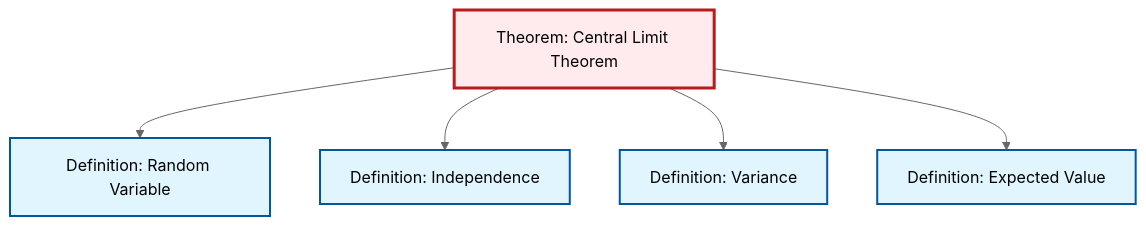
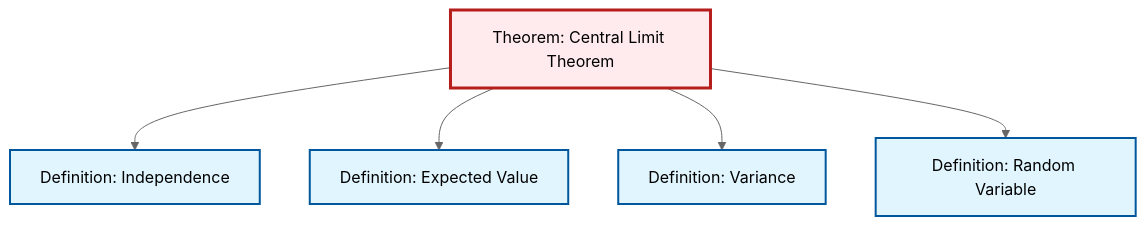
The second of 2 diagrams in content/en/probability-statistics/thm-central-limit.qmd (RK0429/ModernMath), drawn with Mermaid (neutral theme) before and after one commit. The commit also changed other lines of this file and 597 other files, not shown here.

````diff
--- a/content/en/probability-statistics/thm-central-limit.qmd
+++ b/content/en/probability-statistics/thm-central-limit.qmd
@@ -109,23 +109,23 @@
 ```{mermaid}
 %%| fig-cap: "Local dependency graph"
 graph TD
     classDef definition fill:#e1f5fe,stroke:#01579b,stroke-width:2px
     classDef theorem fill:#f3e5f5,stroke:#4a148c,stroke-width:2px
     classDef axiom fill:#fff3e0,stroke:#e65100,stroke-width:2px
     classDef example fill:#e8f5e9,stroke:#1b5e20,stroke-width:2px
     classDef current fill:#ffebee,stroke:#b71c1c,stroke-width:3px
-    def-independence["Definition: Independence"]:::definition
-    thm-central-limit["Theorem: Central Limit Theorem"]:::theorem
     def-variance["Definition: Variance"]:::definition
     def-expectation["Definition: Expected Value"]:::definition
     def-random-variable["Definition: Random Variable"]:::definition
+    def-independence["Definition: Independence"]:::definition
+    thm-central-limit["Theorem: Central Limit Theorem"]:::theorem
+    thm-central-limit --> def-independence
+    thm-central-limit --> def-expectation
+    thm-central-limit --> def-variance
     thm-central-limit --> def-random-variable
-    thm-central-limit --> def-independence
-    thm-central-limit --> def-variance
-    thm-central-limit --> def-expectation
     class thm-central-limit current
-    click def-independence "def-independence.html" "Go to Independence definition"
     click def-variance "def-variance.html" "Go to Variance definition"
     click def-expectation "def-expectation.html" "Go to Expected Value definition"
     click def-random-variable "def-random-variable.html" "Go to Random Variable definition"
+    click def-independence "def-independence.html" "Go to Independence definition"
 ```
````
